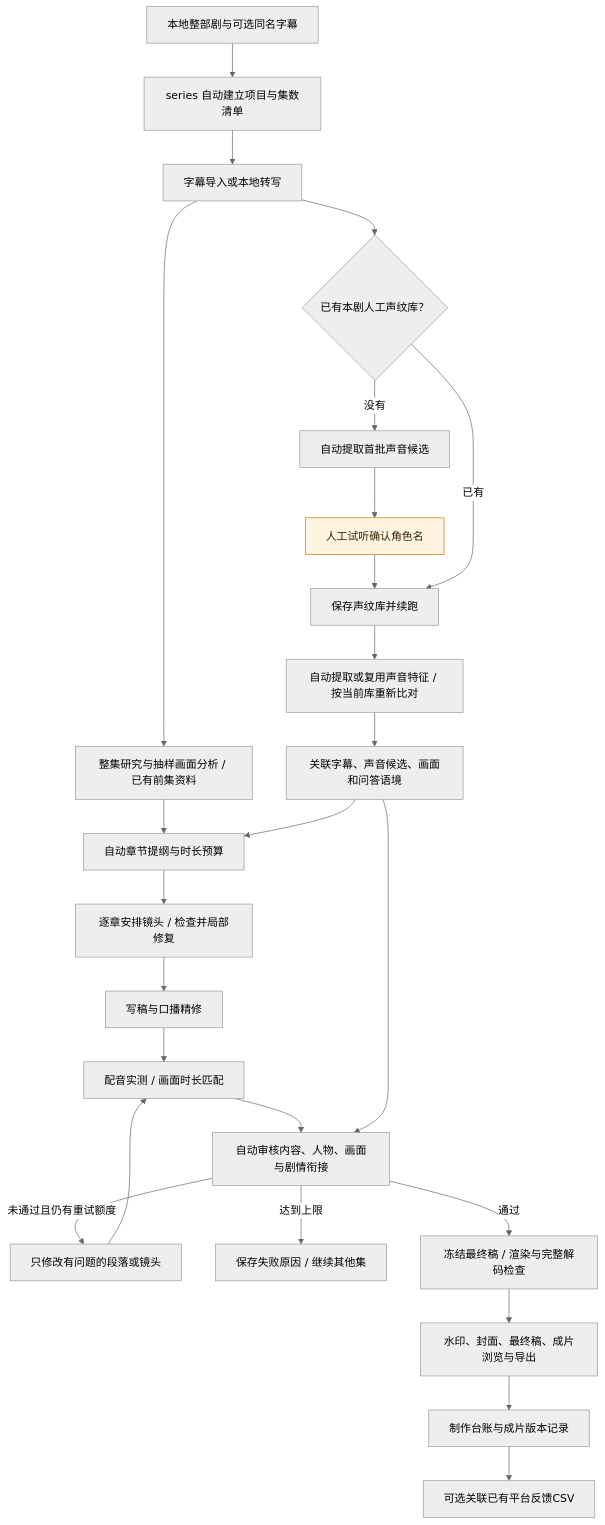
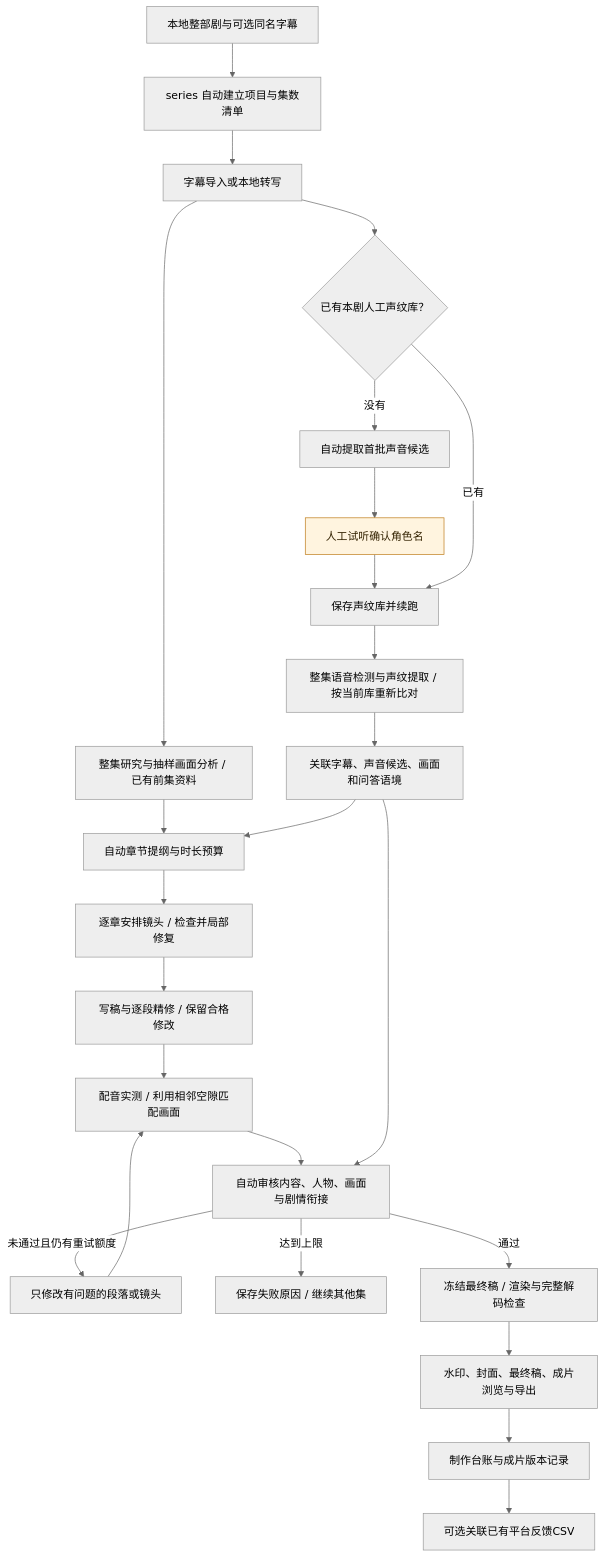
Before and after one commit to redrain-wang/autoclip1: the diagram in README.md, drawn with Mermaid (neutral theme). The commit also changed other lines of this file and 16 other files, not shown here.

````diff
--- a/README.md
+++ b/README.md
@@ -25,29 +25,29 @@
 ```mermaid
 flowchart TD
     A[本地整部剧与可选同名字幕] --> B[series 自动建立项目与集数清单]
     B --> C[字幕导入或本地转写]
     C --> D{已有本剧人工声纹库？}
     D -->|没有| E[自动提取首批声音候选]
     E --> F[人工试听确认角色名]
     F --> G[保存声纹库并续跑]
     D -->|已有| G
-    G --> H[自动提取或复用声音特征 / 按当前库重新比对]
+    G --> H[整集语音检测与声纹提取 / 按当前库重新比对]
     H --> I[关联字幕、声音候选、画面和问答语境]
     C --> J[整集研究与抽样画面分析 / 已有前集资料]
     J --> K[自动章节提纲与时长预算]
     I --> K
     K --> L[逐章安排镜头 / 检查并局部修复]
-    L --> M[写稿与口播精修]
-    M --> N[配音实测 / 画面时长匹配]
+    L --> M[写稿与逐段精修 / 保留合格修改]
+    M --> N[配音实测 / 利用相邻空隙匹配画面]
     N --> O[自动审核内容、人物、画面与剧情衔接]
     I --> O
     O -->|未通过且仍有重试额度| P[只修改有问题的段落或镜头]
     P --> N
     O -->|达到上限| Q[保存失败原因 / 继续其他集]
     O -->|通过| R[冻结最终稿 / 渲染与完整解码检查]
     R --> S[水印、封面、最终稿、成片浏览与导出]
     S --> T[制作台账与成片版本记录]
     T --> U[可选关联已有平台反馈CSV]
     classDef human fill:#fff4df,stroke:#bd7a17,color:#332200
     class F human
 ```
````
